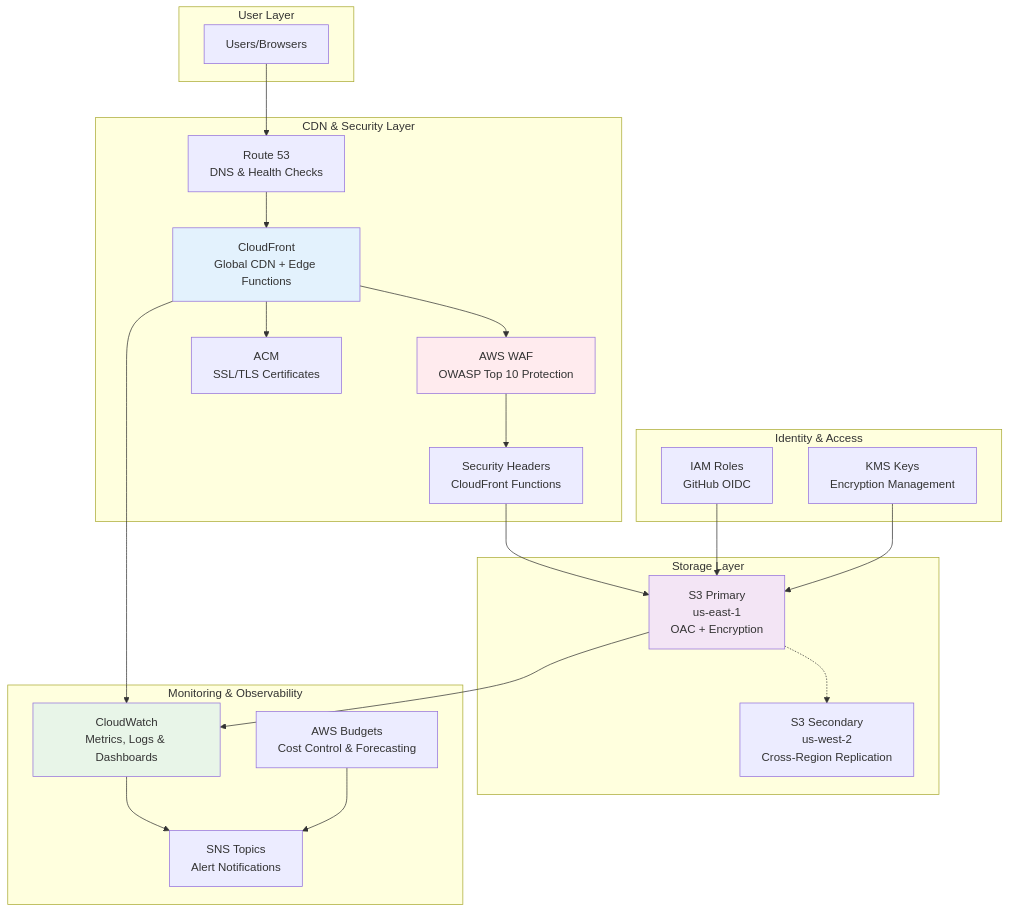
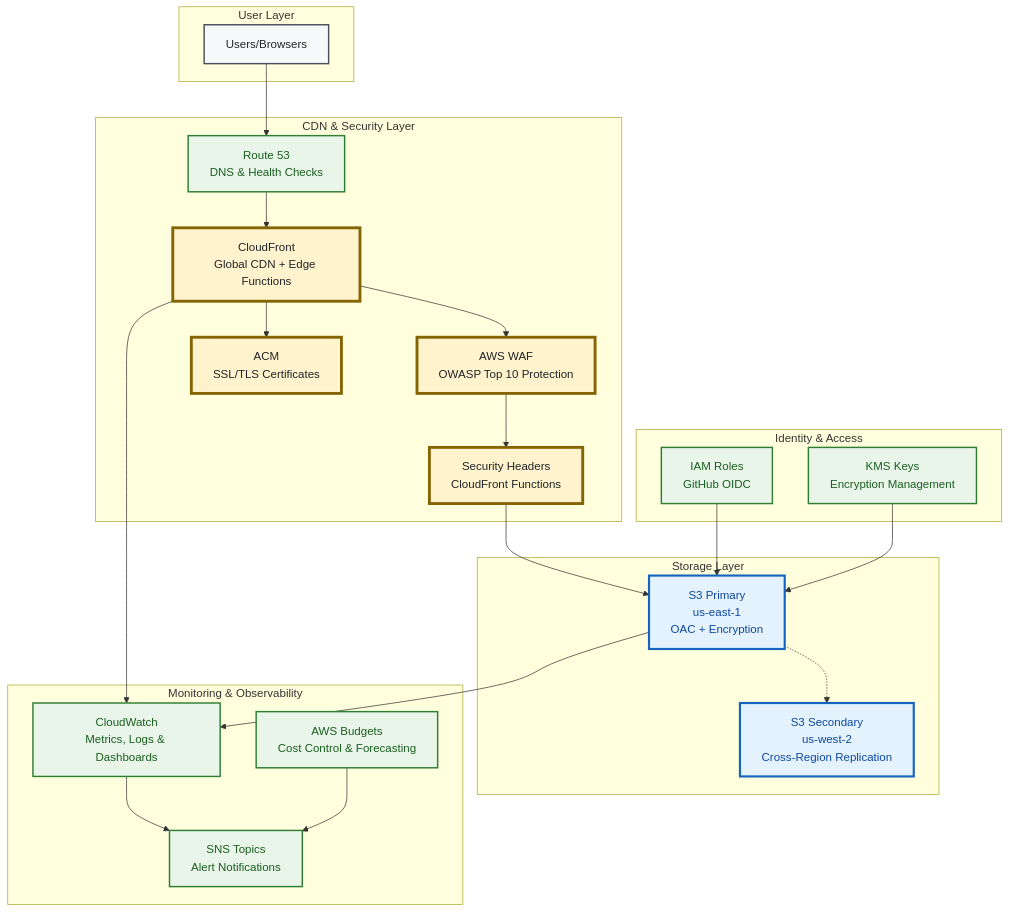
The first of 4 diagrams in ARCHITECTURE.md (Celtikill/static-site), drawn with Mermaid before and after one commit. The commit also changed other lines of this file and 11 other files, not shown here.

````diff
--- a/ARCHITECTURE.md
+++ b/ARCHITECTURE.md
@@ -19,49 +19,59 @@
 ```mermaid
 graph TB
+    %% Accessibility
+    accTitle: AWS Static Website High-Level Architecture
+    accDescr: Shows enterprise static website architecture with user layer connecting to CDN and security layer (Route 53, CloudFront, WAF, security headers, ACM), storage layer (primary and secondary S3), monitoring layer (CloudWatch, SNS, budgets), and identity layer (IAM, KMS). Data flows from users through CDN to storage with monitoring and security controls.
+    
     subgraph "User Layer"
         U[Users/Browsers]
     end
     
     subgraph "CDN & Security Layer"
         R53[Route 53<br/>DNS & Health Checks]
         CF[CloudFront<br/>Global CDN + Edge Functions]
         WAF[AWS WAF<br/>OWASP Top 10 Protection]
         SH[Security Headers<br/>CloudFront Functions]
         ACM[ACM<br/>SSL/TLS Certificates]
     end
     
     subgraph "Storage Layer"
         S3P[S3 Primary<br/>us-east-1<br/>OAC + Encryption]
         S3S[S3 Secondary<br/>us-west-2<br/>Cross-Region Replication]
     end
     
     subgraph "Monitoring & Observability"
         CW[CloudWatch<br/>Metrics, Logs & Dashboards]
         SNS[SNS Topics<br/>Alert Notifications]
         BUD[AWS Budgets<br/>Cost Control & Forecasting]
     end
     
     subgraph "Identity & Access"
         IAM[IAM Roles<br/>GitHub OIDC]
         KMS[KMS Keys<br/>Encryption Management]
     end
     
     U --> R53
     R53 --> CF
     CF --> WAF
     WAF --> SH
     SH --> S3P
     S3P -.-> S3S
     CF --> ACM
     CF --> CW
     S3P --> CW
     CW --> SNS
     BUD --> SNS
     IAM --> S3P
     KMS --> S3P
     
-    style CF fill:#e3f2fd
-    style WAF fill:#ffebee
-    style S3P fill:#f3e5f5
-    style CW fill:#e8f5e8
+    %% High-Contrast Styling for Accessibility
+    classDef systemBox fill:#fff3cd,stroke:#856404,stroke-width:4px,color:#212529
+    classDef personBox fill:#f8f9fa,stroke:#495057,stroke-width:2px,color:#212529
+    classDef externalBox fill:#e8f5e8,stroke:#2e7d32,stroke-width:2px,color:#1b5e20
+    classDef storageBox fill:#e3f2fd,stroke:#1565c0,stroke-width:3px,color:#0d47a1
+    
+    class CF,WAF,SH,ACM systemBox
+    class U personBox
+    class R53,CW,SNS,BUD,IAM,KMS externalBox
+    class S3P,S3S storageBox
 ```
````
